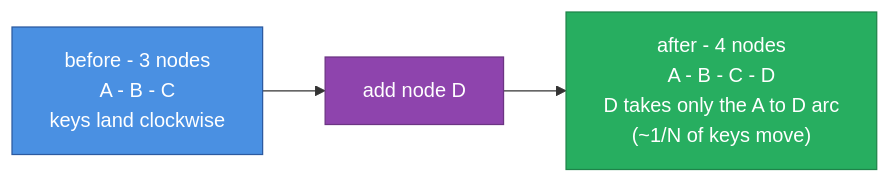
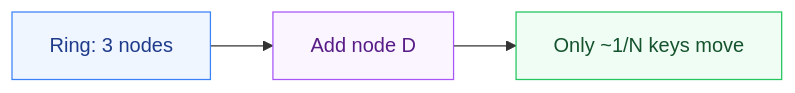
The diagram in README.md (parag-labs/consistent-hash), drawn with Mermaid before and after one commit.

Commit message:
Simplify the README diagram: short labels, softer palette

````diff
--- a/README.md
+++ b/README.md
@@ -17,10 +16,10 @@
 ```mermaid
 flowchart LR
-  classDef proc fill:#4a90e2,stroke:#2c5aa0,color:#fff
-  classDef good fill:#27ae60,stroke:#1e8449,color:#fff
-  classDef work fill:#8e44ad,stroke:#6c3483,color:#fff
-  B3["before - 3 nodes<br/>A - B - C<br/>keys land clockwise"]:::proc
-  ADD["add node D"]:::work
-  A4["after - 4 nodes<br/>A - B - C - D<br/>D takes only the A to D arc<br/>(~1/N of keys move)"]:::good
+  classDef proc fill:#eff6ff,stroke:#3b82f6,color:#1e3a8a
+  classDef good fill:#f0fdf4,stroke:#22c55e,color:#14532d
+  classDef work fill:#faf5ff,stroke:#a855f7,color:#581c87
+  B3["Ring: 3 nodes"]:::proc
+  ADD["Add node D"]:::work
+  A4["Only ~1/N keys move"]:::good
   B3 --> ADD --> A4
 ```
````
